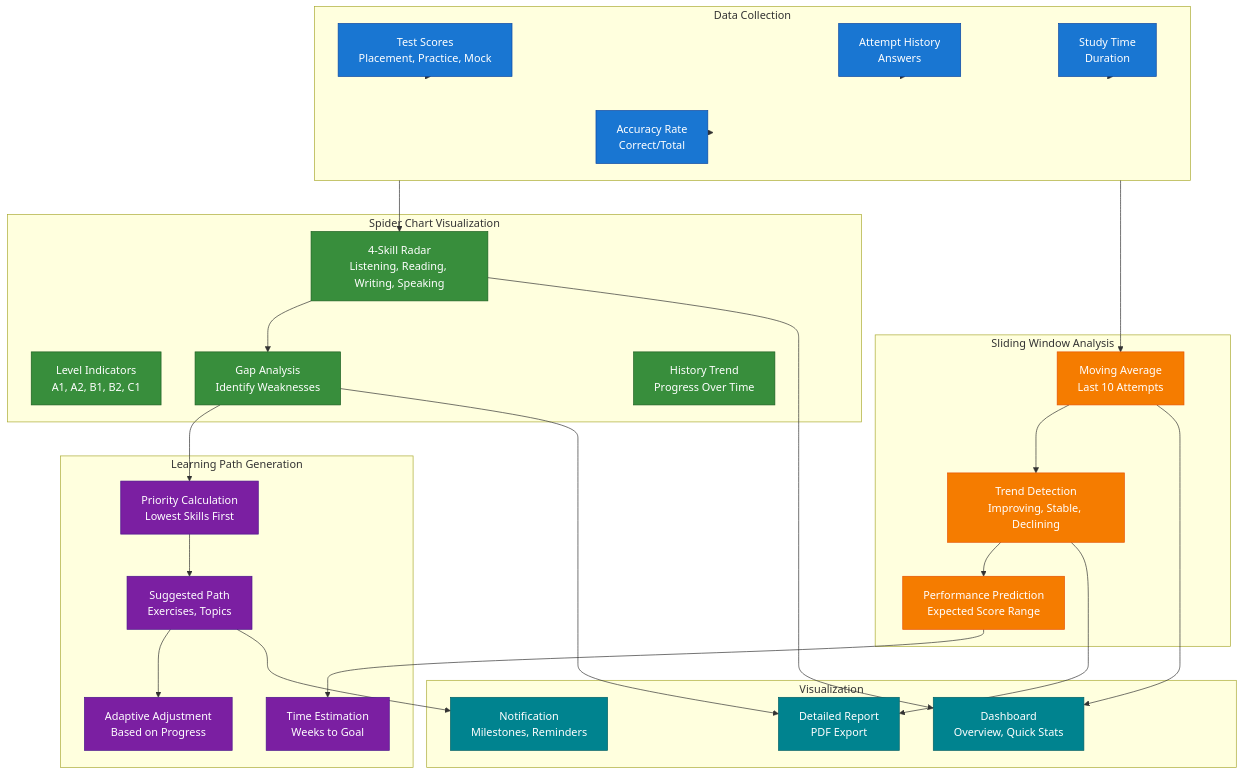
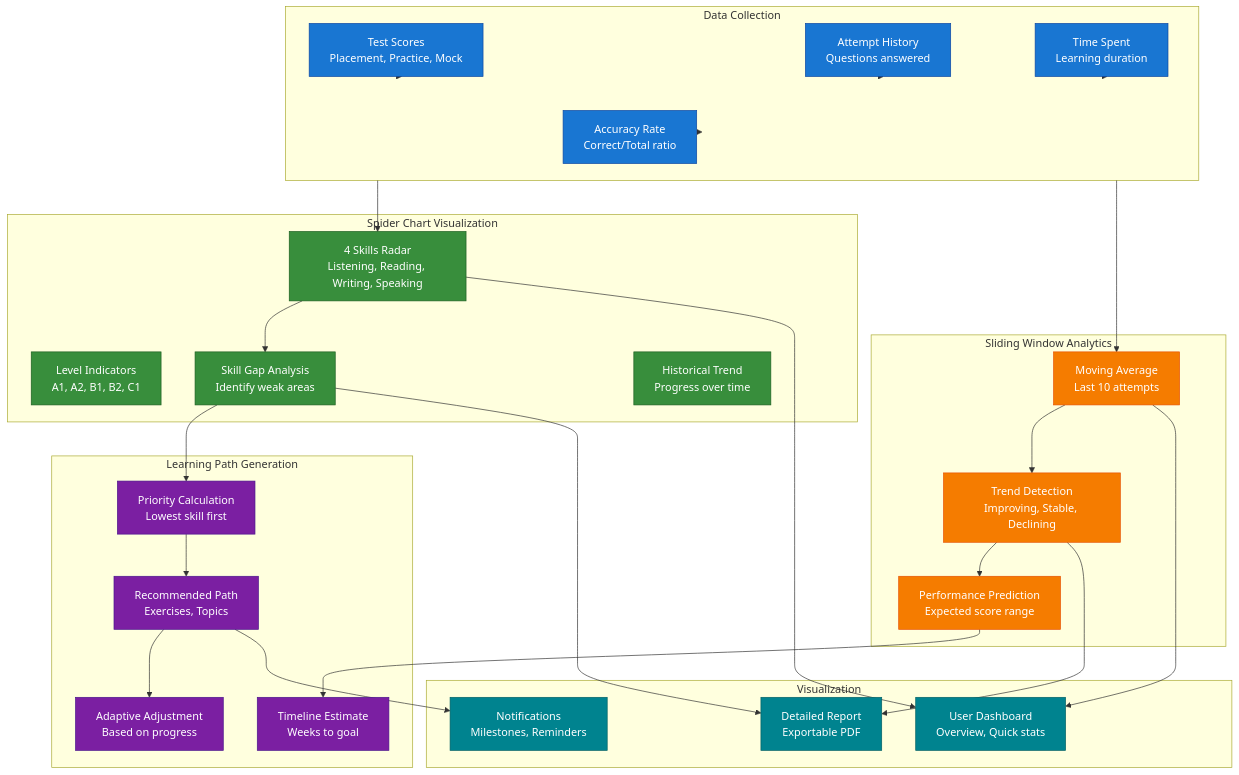
One commit to nghyane/VSTEP changed the seventh of 8 diagrams in docs/capstone/diagrams/flow-diagrams.vi.md. Above: the diagram before and after it, drawn with Mermaid. The commit also changed other lines of this file, not shown here.

First line of the commit message:
docs: fix Vietnamese flow diagrams to proper Vietnamese language

````diff
--- a/docs/capstone/diagrams/flow-diagrams.vi.md
+++ b/docs/capstone/diagrams/flow-diagrams.vi.md
@@ -408,66 +408,66 @@
 ```mermaid
 flowchart TB
     subgraph DataCollection ["Data Collection"]
         Scores["Test Scores<br/>Placement, Practice, Mock"]
-        Attempts["Attempt History<br/>Answers"]
-        Time["Study Time<br/>Duration"]
-        Accuracy["Accuracy Rate<br/>Correct/Total"]
+        Attempts["Attempt History<br/>Questions answered"]
+        Time["Time Spent<br/>Learning duration"]
+        Accuracy["Accuracy Rate<br/>Correct/Total ratio"]
     end
 
     subgraph SpiderChart ["Spider Chart Visualization"]
-        Skills["4-Skill Radar<br/>Listening, Reading, Writing, Speaking"]
+        Skills["4 Skills Radar<br/>Listening, Reading, Writing, Speaking"]
         Levels["Level Indicators<br/>A1, A2, B1, B2, C1"]
-        Gap["Gap Analysis<br/>Identify Weaknesses"]
-        History["History Trend<br/>Progress Over Time"]
+        Gap["Skill Gap Analysis<br/>Identify weak areas"]
+        History["Historical Trend<br/>Progress over time"]
     end
 
-    subgraph SlidingWindow ["Sliding Window Analysis"]
-        Window["Moving Average<br/>Last 10 Attempts"]
+    subgraph SlidingWindow ["Sliding Window Analytics"]
+        Window["Moving Average<br/>Last 10 attempts"]
         Trend["Trend Detection<br/>Improving, Stable, Declining"]
-        Prediction["Performance Prediction<br/>Expected Score Range"]
+        Prediction["Performance Prediction<br/>Expected score range"]
     end
 
     subgraph LearningPath ["Learning Path Generation"]
-        Priority["Priority Calculation<br/>Lowest Skills First"]
-        Path["Suggested Path<br/>Exercises, Topics"]
-        Timeline["Time Estimation<br/>Weeks to Goal"]
-        Adjust["Adaptive Adjustment<br/>Based on Progress"]
+        Priority["Priority Calculation<br/>Lowest skill first"]
+        Path["Recommended Path<br/>Exercises, Topics"]
+        Timeline["Timeline Estimate<br/>Weeks to goal"]
+        Adjust["Adaptive Adjustment<br/>Based on progress"]
     end
 
     subgraph Visualization ["Visualization"]
-        Dashboard["Dashboard<br/>Overview, Quick Stats"]
-        Report["Detailed Report<br/>PDF Export"]
-        Notification["Notification<br/>Milestones, Reminders"]
+        Dashboard["User Dashboard<br/>Overview, Quick stats"]
+        Report["Detailed Report<br/>Exportable PDF"]
+        Notification["Notifications<br/>Milestones, Reminders"]
     end
 
     Scores --> DataCollection
     Attempts --> DataCollection
     Time --> DataCollection
     Accuracy --> DataCollection
     DataCollection --> Skills
     DataCollection --> Window
     Skills --> Gap
     Gap --> Priority
     Window --> Trend
     Trend --> Prediction
     Priority --> Path
     Prediction --> Timeline
     Path --> Adjust
     Skills --> Dashboard
     Window --> Dashboard
     Gap --> Report
     Trend --> Report
     Path --> Notification
 
     classDef data fill:#1976d2,stroke:#0d47a1,color:#fff
     classDef spider fill:#388e3c,stroke:#1b5e20,color:#fff
     classDef sliding fill:#f57c00,stroke:#e65100,color:#fff
     classDef path fill:#7b1fa2,stroke:#4a148c,color:#fff
     classDef viz fill:#00838f,stroke:#006064,color:#fff
 
     class Scores,Attempts,Time,Accuracy data
     class Skills,Levels,Gap,History spider
     class Window,Trend,Prediction sliding
     class Priority,Path,Timeline,Adjust path
     class Dashboard,Report,Notification viz
 ```
````
